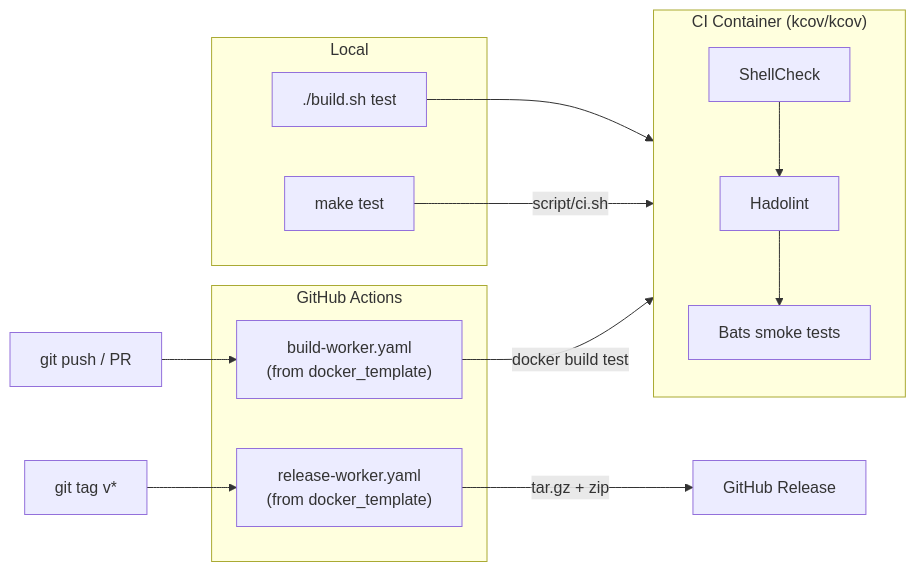
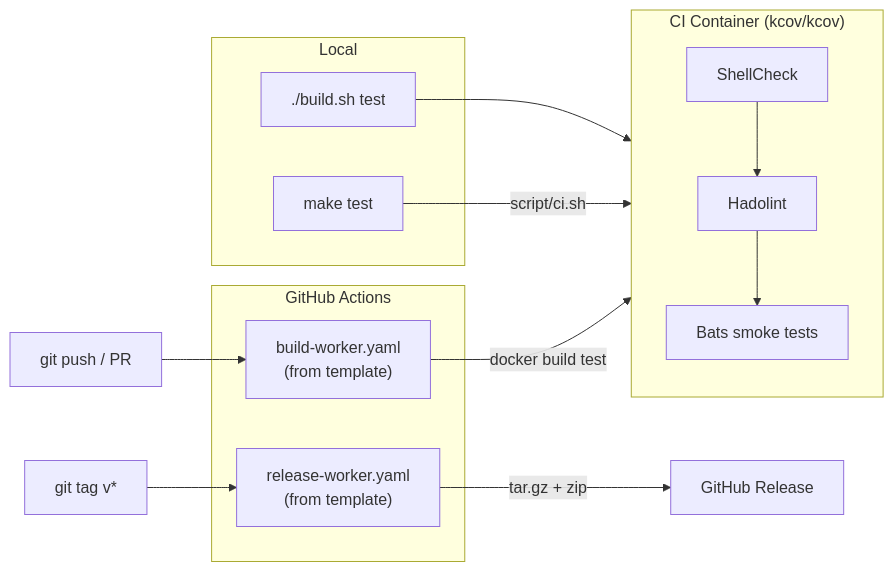
One commit to ycpss91255-docker/base changed the second of 2 diagrams in README.md. Above: the diagram before and after it, drawn with Mermaid. The commit also changed other lines of this file and 24 other files, not shown here.

First line of the commit message:
feat!: rename docker_template → template

````diff
--- a/README.md
+++ b/README.md
@@ -78,27 +78,27 @@
 ```mermaid
 flowchart LR
     subgraph local["Local"]
         build_test["./build.sh test"]
         make_test["make test"]
     end
 
     subgraph ci_container["CI Container (kcov/kcov)"]
         shellcheck["ShellCheck"]
         hadolint["Hadolint"]
         bats["Bats smoke tests"]
     end
 
     subgraph github["GitHub Actions"]
-        build_worker["build-worker.yaml<br/>(from docker_template)"]
-        release_worker["release-worker.yaml<br/>(from docker_template)"]
+        build_worker["build-worker.yaml<br/>(from template)"]
+        release_worker["release-worker.yaml<br/>(from template)"]
     end
 
     build_test --> ci_container
     make_test -->|"script/ci.sh"| ci_container
     shellcheck --> hadolint --> bats
 
     push["git push / PR"] --> build_worker
     build_worker -->|"docker build test"| ci_container
     tag["git tag v*"] --> release_worker
     release_worker -->|"tar.gz + zip"| release["GitHub Release"]
 ```
````
